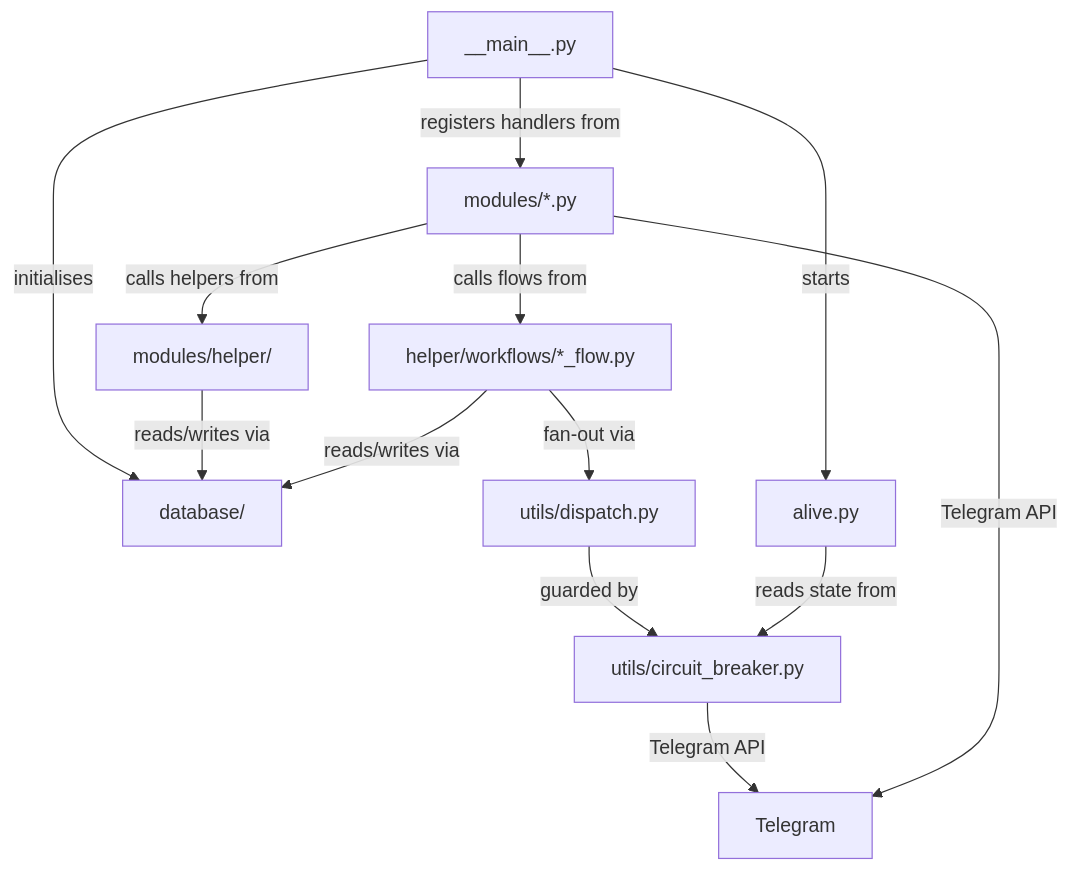
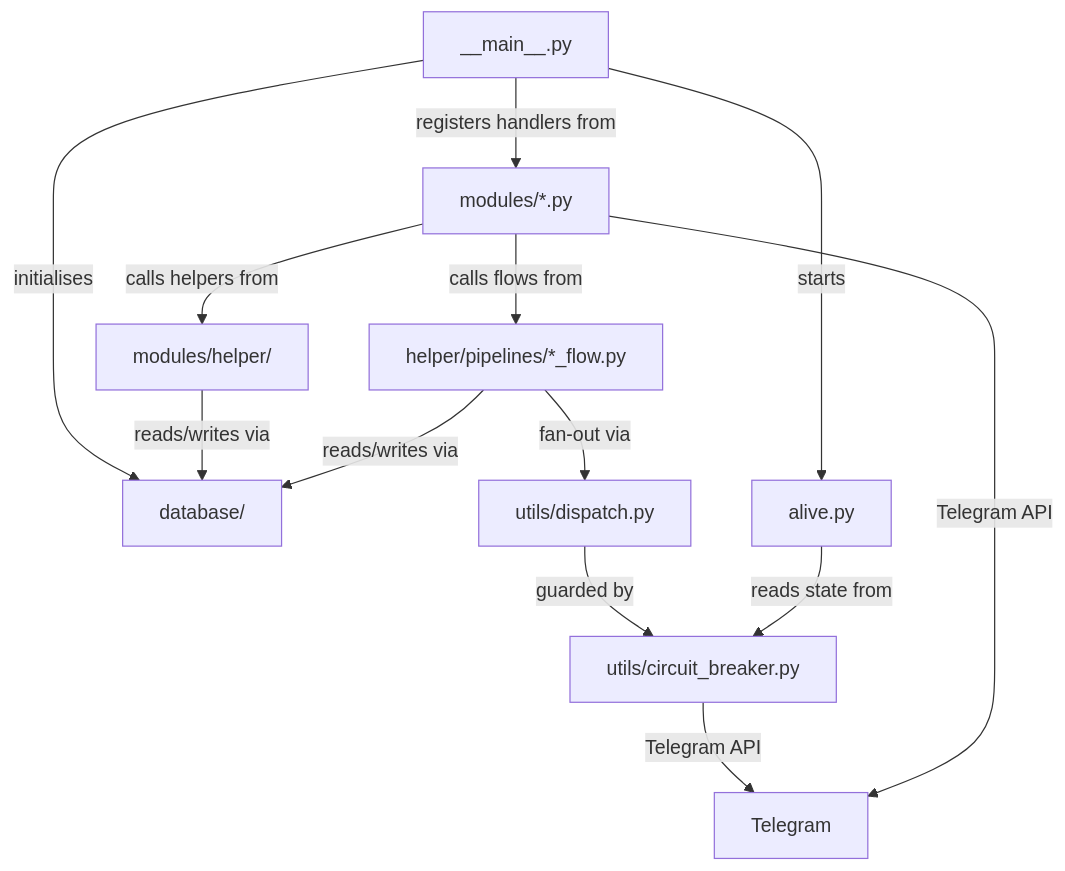
The first of 3 diagrams in docs/architecture/repository-map.md (D1ZZY4/tcbot), drawn with Mermaid before and after one commit. The commit also changed other lines of this file and 196 other files, not shown here.

First line of the commit message:
refactor: consolidate core modules and migrate workflows to pipelines

````diff
--- a/docs/architecture/repository-map.md
+++ b/docs/architecture/repository-map.md
@@ -123,15 +121,15 @@
 ```mermaid
 graph TD
     Main[__main__.py] -->|registers handlers from| Mods[modules/*.py]
     Main -->|initialises| DB[database/]
     Main -->|starts| Alive[alive.py]
     Mods -->|calls helpers from| Helper[modules/helper/]
-    Mods -->|calls flows from| Flows[helper/workflows/*_flow.py]
+    Mods -->|calls flows from| Flows[helper/pipelines/*_flow.py]
     Helper -->|reads/writes via| DB
     Flows -->|reads/writes via| DB
     Flows -->|fan-out via| Utils[utils/dispatch.py]
     Utils -->|guarded by| CB[utils/circuit_breaker.py]
     CB -->|Telegram API| TG[Telegram]
     Mods -->|Telegram API| TG
     Alive[alive.py] -->|reads state from| CB
 ```
````
